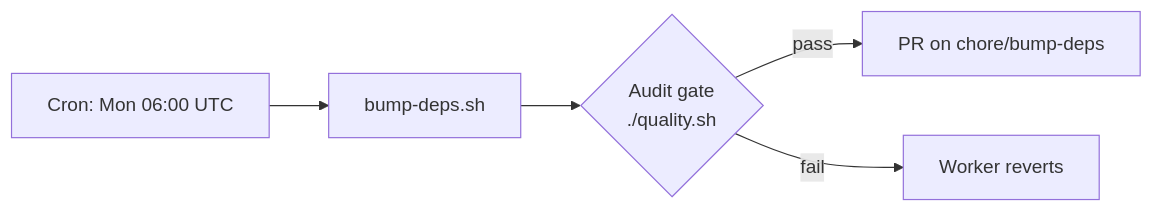
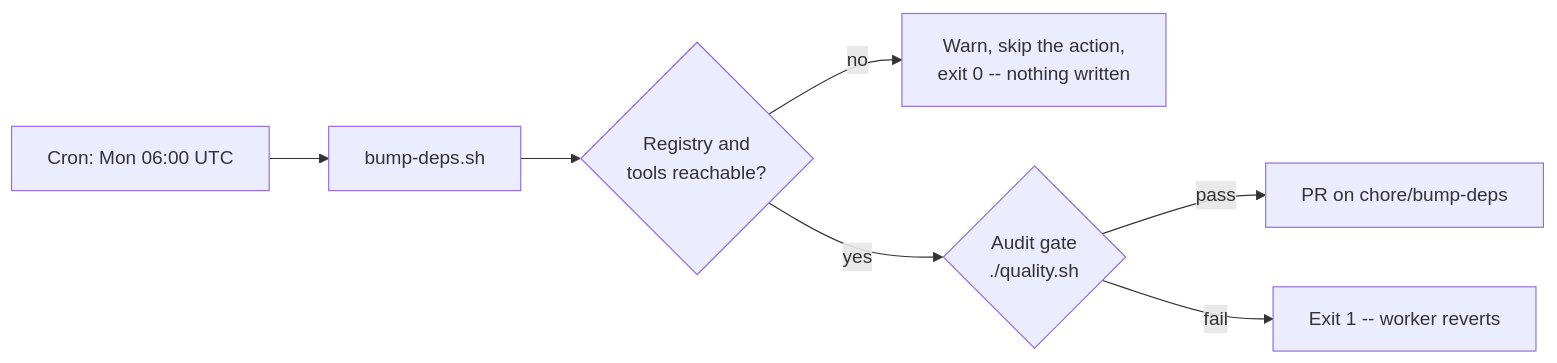
One commit to stSoftwareAU/GRQ-health changed the sixth of 6 diagrams in README.md. Above: the diagram before and after it, drawn with Mermaid. The commit also changed other lines of this file and 4 other files, not shown here.

````diff
--- a/README.md
+++ b/README.md
@@ -752,7 +752,9 @@
 ```mermaid
 flowchart LR
     A[Cron: Mon 06:00 UTC] --> B[bump-deps.sh]
-    B --> C{Audit gate<br/>./quality.sh}
+    B --> R{Registry and<br/>tools reachable?}
+    R -- no --> S[Warn, skip the action,<br/>exit 0 -- nothing written]
+    R -- yes --> C{Audit gate<br/>./quality.sh}
     C -- pass --> D[PR on chore/bump-deps]
-    C -- fail --> E[Worker reverts]
+    C -- fail --> E[Exit 1 -- worker reverts]
 ```
````
